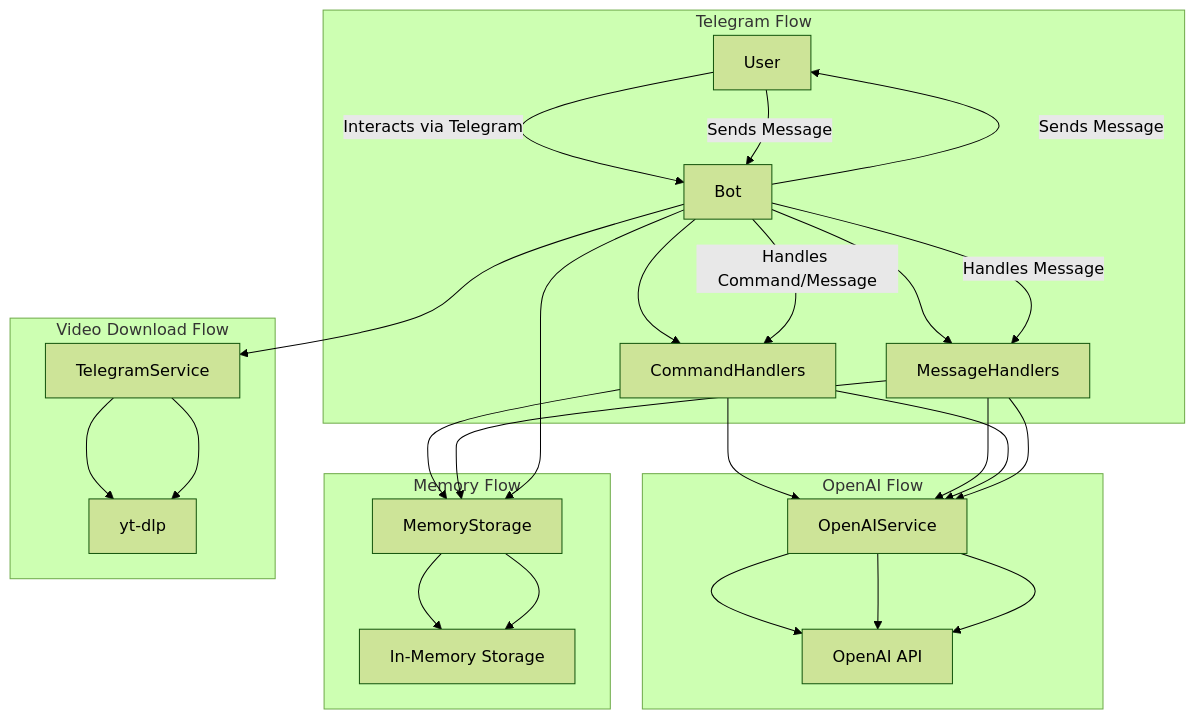
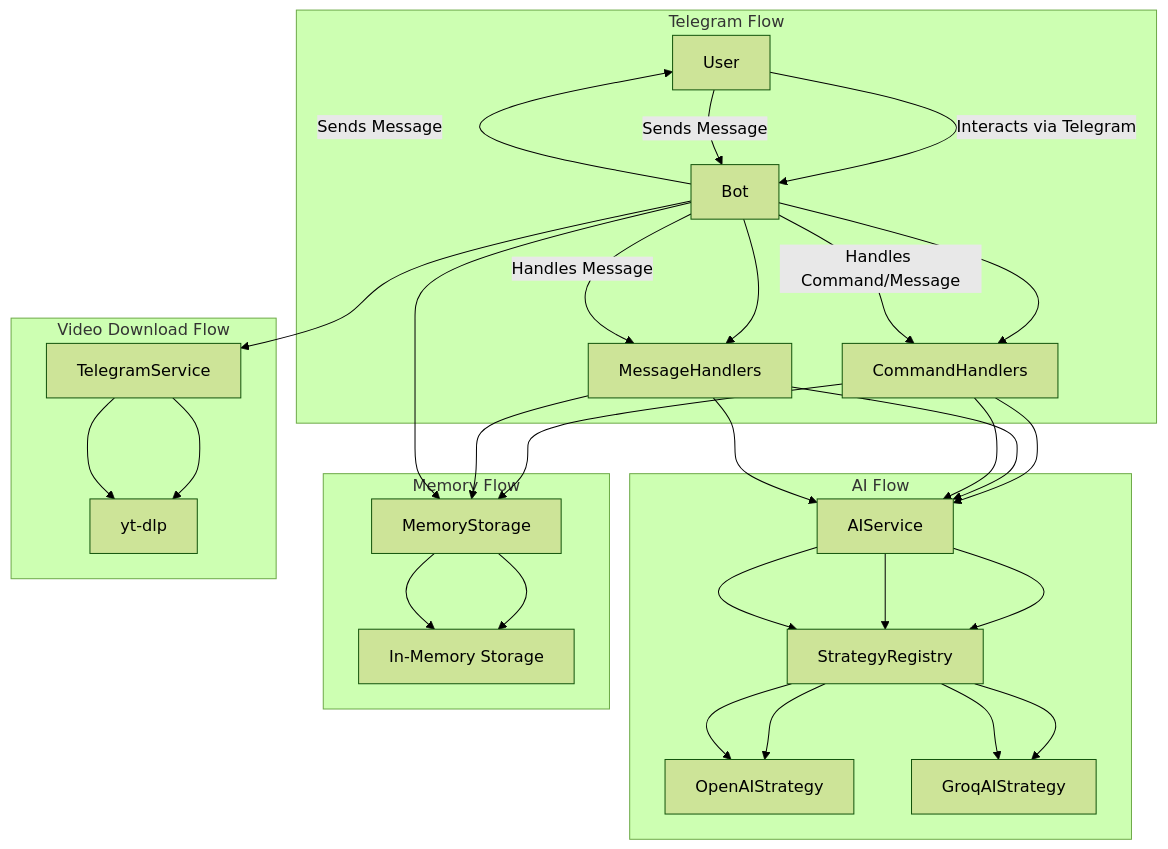
The diagram in README.md (advaitbd/tldrbot), drawn with Mermaid (forest theme) before and after one commit.

Commit message:
Update mermaid diagram

````diff
--- a/README.md
+++ b/README.md
@@ -9,36 +9,40 @@
 ```mermaid
 graph TD
     A[User] -->|Interacts via Telegram| B[Bot]
     B --> C[CommandHandlers]
     B --> D[MessageHandlers]
     B --> E[TelegramService]
-    C --> F[OpenAIService]
+    C --> F[AIService]
     D --> F
     C --> G[MemoryStorage]
     D --> G
-    F --> H[OpenAI API]
-    E --> I[yt-dlp]
-    G --> J[In-Memory Storage]
-    
+    F --> H[StrategyRegistry]
+    H --> I[OpenAIStrategy]
+    H --> J[GroqAIStrategy]
+    E --> K[yt-dlp]
+    G --> L[In-Memory Storage]
+
     subgraph Telegram Flow
         A -->|Sends Message| B
         B -->|Handles Command/Message| C
         B -->|Handles Message| D
     end
 
-    subgraph OpenAI Flow
+    subgraph AI Flow
         C --> F --> H
         D --> F --> H
+        H --> I
+        H --> J
     end
 
     subgraph Memory Flow
-        B --> G --> J
+        B --> G --> L
     end
 
     subgraph Video Download Flow
-        E --> I
+        E --> K
     end
 
     B -->|Sends Message| A
 
 ```
````
